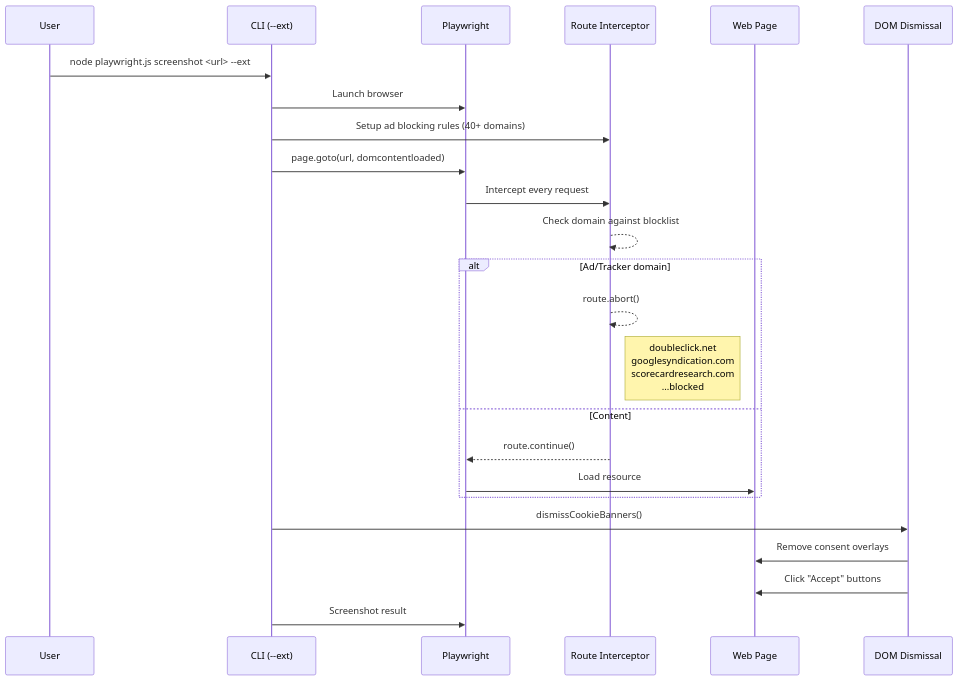
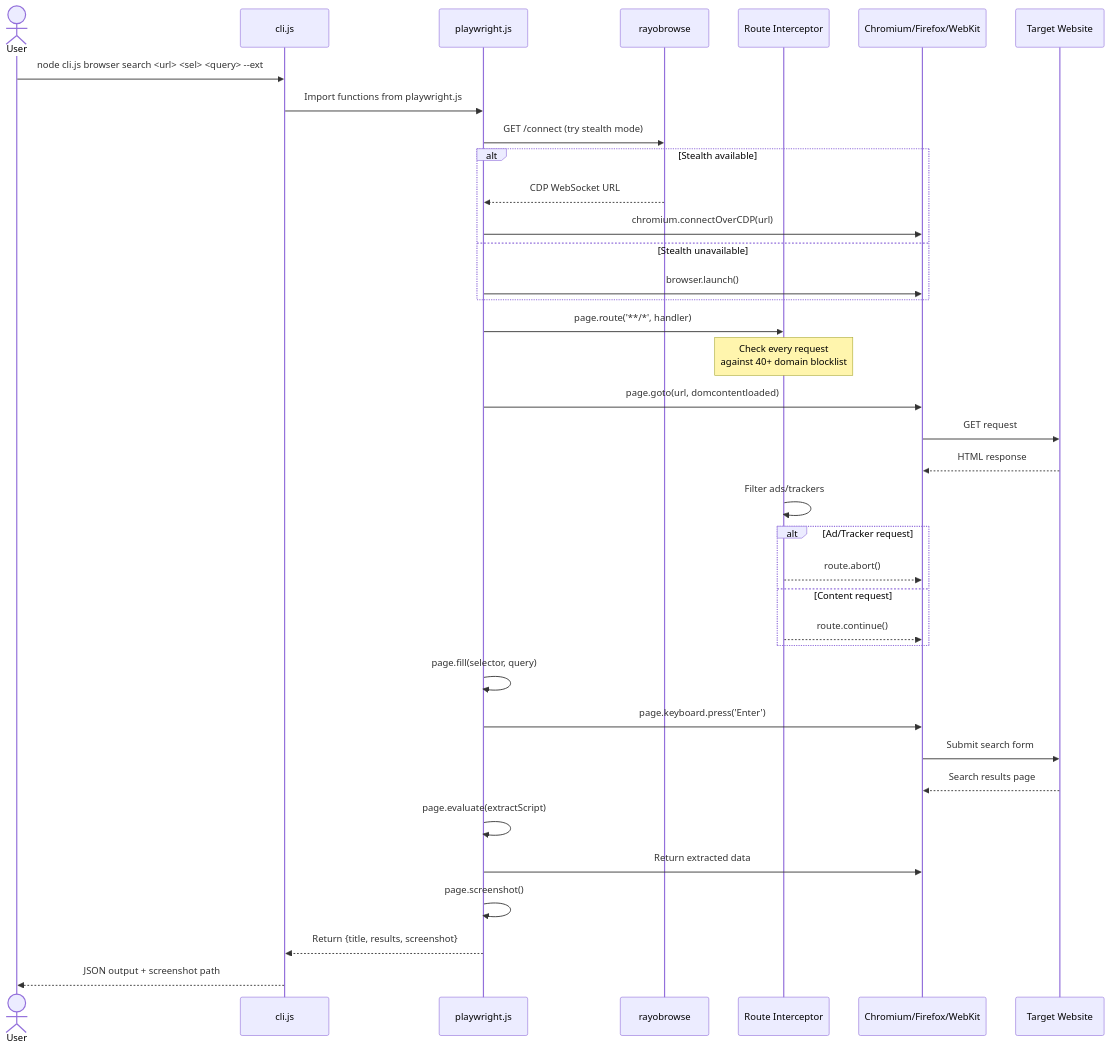
The second of 7 diagrams in README.md (marceli1404/system-automation), drawn with Mermaid before and after one commit. The commit also changed other lines of this file and 2 other files, not shown here.

Commit message:
Add site search with data extraction, redo Mermaid diagrams, add resource links

````diff
--- a/README.md
+++ b/README.md
@@ -105,27 +89,40 @@
 ```mermaid
 sequenceDiagram
-    participant User
-    participant CLI as CLI (--ext)
-    participant PW as Playwright
+    actor User
+    participant CLI as cli.js
+    participant PW as playwright.js
+    participant Stealth as rayobrowse
     participant Route as Route Interceptor
-    participant Page as Web Page
-    participant Dom as DOM Dismissal
+    participant Browser as Chromium/Firefox/WebKit
+    participant Site as Target Website
 
-    User->>CLI: node playwright.js screenshot <url> --ext
-    CLI->>PW: Launch browser
-    CLI->>Route: Setup ad blocking rules (40+ domains)
-    CLI->>PW: page.goto(url, domcontentloaded)
-    PW->>Route: Intercept every request
-    Route-->>Route: Check domain against blocklist
-    alt Ad/Tracker domain
-        Route-->>Route: route.abort()
-        Note right of Route: doubleclick.net<br/>googlesyndication.com<br/>scorecardresearch.com<br/>...blocked
-    else Content
-        Route-->>PW: route.continue()
-        PW->>Page: Load resource
+    User->>CLI: node cli.js browser search <url> <sel> <query> --ext
+    CLI->>PW: Import functions from playwright.js
+    PW->>Stealth: GET /connect (try stealth mode)
+    alt Stealth available
+        Stealth-->>PW: CDP WebSocket URL
+        PW->>Browser: chromium.connectOverCDP(url)
+    else Stealth unavailable
+        PW->>Browser: browser.launch()
     end
-    CLI->>Dom: dismissCookieBanners()
-    Dom->>Page: Remove consent overlays
-    Dom->>Page: Click "Accept" buttons
-    CLI->>PW: Screenshot result
+    PW->>Route: page.route('**/*', handler)
+    Note over Route: Check every request<br/>against 40+ domain blocklist
+    PW->>Browser: page.goto(url, domcontentloaded)
+    Browser->>Site: GET request
+    Site-->>Browser: HTML response
+    Route->>Route: Filter ads/trackers
+    alt Ad/Tracker request
+        Route-->>Browser: route.abort()
+    else Content request
+        Route-->>Browser: route.continue()
+    end
+    PW->>PW: page.fill(selector, query)
+    PW->>Browser: page.keyboard.press('Enter')
+    Browser->>Site: Submit search form
+    Site-->>Browser: Search results page
+    PW->>PW: page.evaluate(extractScript)
+    PW->>Browser: Return extracted data
+    PW->>PW: page.screenshot()
+    PW-->>CLI: Return {title, results, screenshot}
+    CLI-->>User: JSON output + screenshot path
 ```
````
